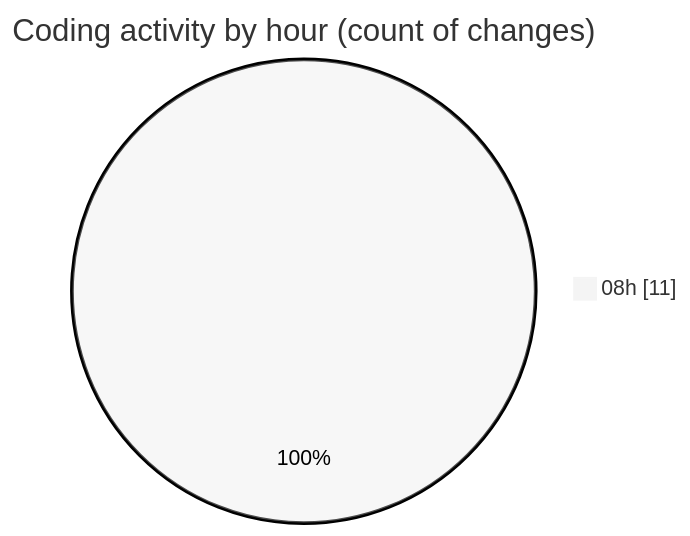
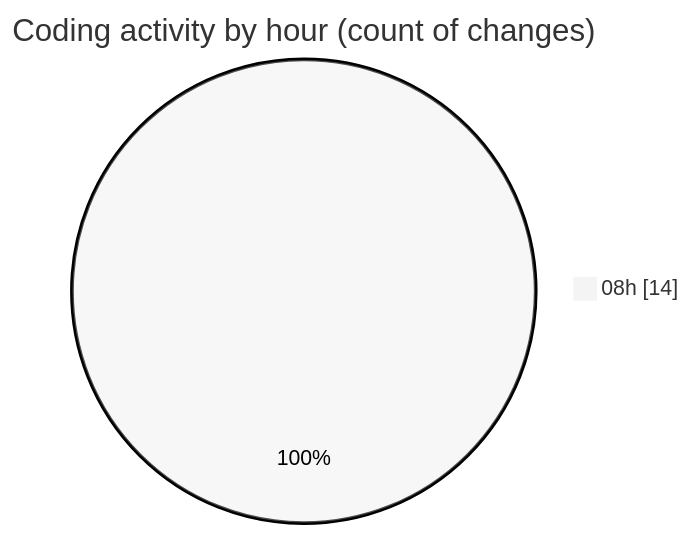
Before and after one commit to earendildev/code-tracking: the second of 2 diagrams in 2025-05-09/scripts__workspace_/README.md, drawn with Mermaid (neutral theme). The commit also changed other lines of this file and 1 other file, not shown here.

````diff
--- a/2025-05-09/scripts__workspace_/README.md
+++ b/2025-05-09/scripts__workspace_/README.md
@@ -33,5 +34,5 @@
 ```mermaid
 pie showData
 title Coding activity by hour (count of changes)
-"08h" : 11
+"08h" : 14
 ```
````
